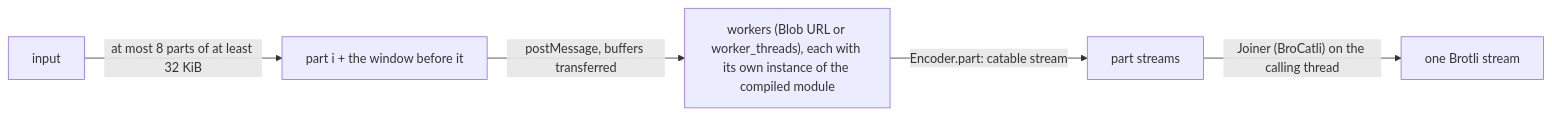
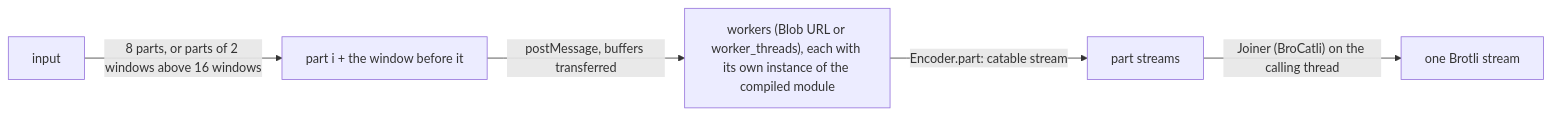
Before and after one commit to kyr0/defuss-brotli: the second of 2 diagrams in ARCH.md, drawn with Mermaid. The commit also changed other lines of this file and 26 other files, not shown here.

````diff
--- a/ARCH.md
+++ b/ARCH.md
@@ -69,7 +69,7 @@
 ```mermaid
 flowchart LR
-  input["input"] -->|"at most 8 parts of at least 32 KiB"| parts["part i + the window before it"]
+  input["input"] -->|"8 parts, or parts of 2 windows above 16 windows"| parts["part i + the window before it"]
   parts -->|"postMessage, buffers transferred"| workers["workers (Blob URL or worker_threads), each with its own instance of the compiled module"]
   workers -->|"Encoder.part: catable stream"| streams["part streams"]
   streams -->|"Joiner (BroCatli) on the calling thread"| out["one Brotli stream"]
 ```
````
